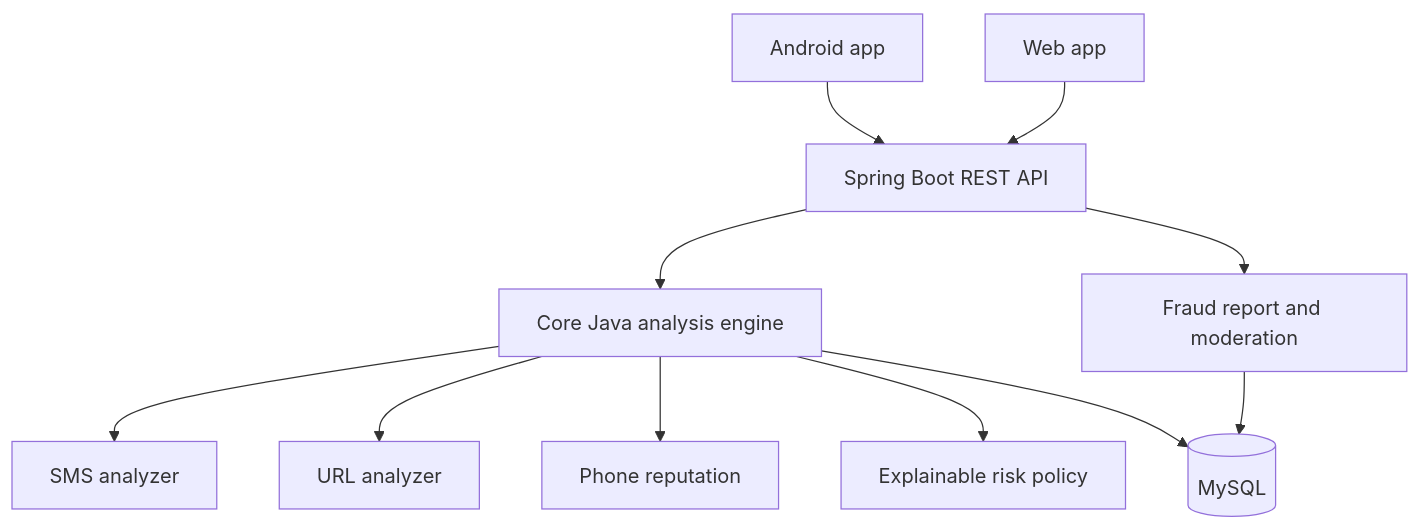
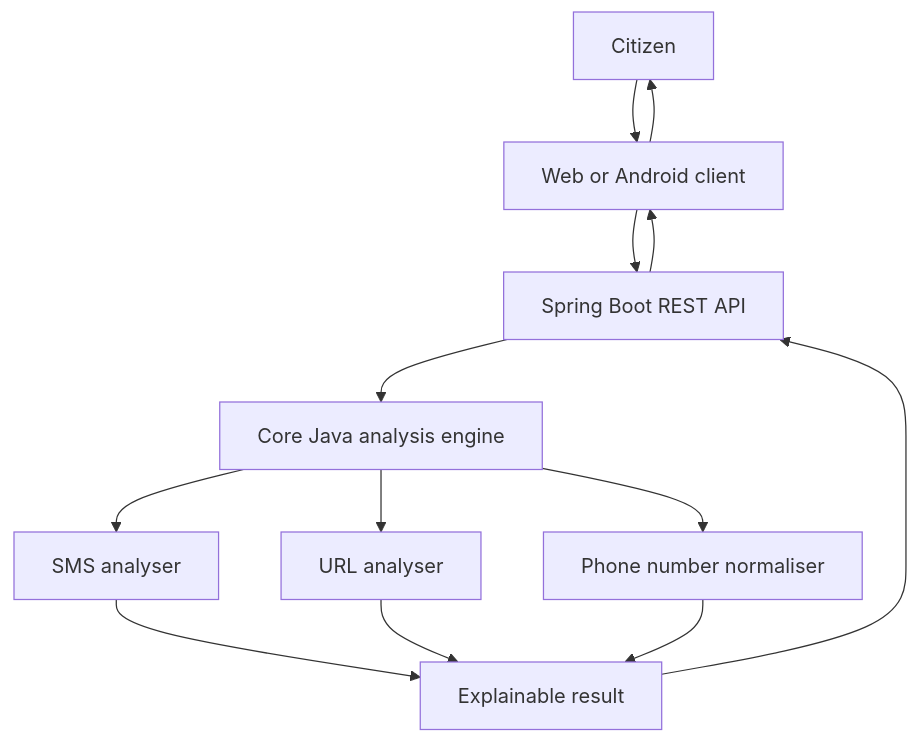
One commit to parakandlabharath/Mana-Suraksha changed the diagram in README.md. Above: the diagram before and after it, drawn with Mermaid. The commit also changed other lines of this file, not shown here.

Commit message:
docs: refresh README with runnable app and end-to-end workflow

````diff
--- a/README.md
+++ b/README.md
@@ -41,13 +27,15 @@
 ```mermaid
 flowchart TD
-    A[Android app] --> API[Spring Boot REST API]
-    W[Web app] --> API
-    API --> CORE[Core Java analysis engine]
-    CORE --> SMS[SMS analyzer]
-    CORE --> URL[URL analyzer]
-    CORE --> PHONE[Phone reputation]
-    CORE --> RISK[Explainable risk policy]
-    API --> REPORT[Fraud report and moderation]
-    REPORT --> DB[(MySQL)]
-    CORE --> DB
+ U[Citizen] --> UI[Web or Android client]
+ UI --> API[Spring Boot REST API]
+ API --> C[Core Java analysis engine]
+ C --> S[SMS analyser]
+ C --> L[URL analyser]
+ C --> P[Phone number normaliser]
+ S --> R[Explainable result]
+ L --> R
+ P --> R
+ R --> API
+ API --> UI
+ UI --> U
 ```
````
